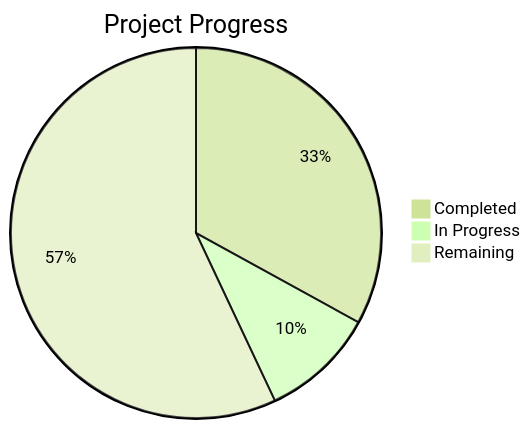
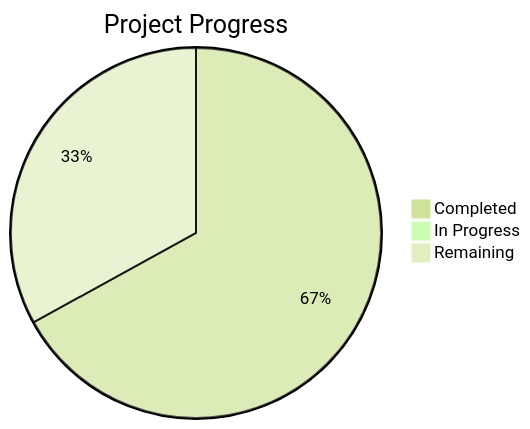
The diagram in .planning/STATE.md (aleknitka/Predictive-Poultry-Systems), drawn with Mermaid (forest theme) before and after one commit. The commit also changed other lines of this file and 4 other files, not shown here.

Commit message:
docs(03): update project state and roadmap for phase 03 completion

````diff
--- a/.planning/STATE.md
+++ b/.planning/STATE.md
@@ -15,6 +15,6 @@
 ```mermaid
 pie title Project Progress
-    "Completed" : 33
-    "In Progress" : 10
-    "Remaining" : 57
+    "Completed" : 67
+    "In Progress" : 0
+    "Remaining" : 33
 ```
````
